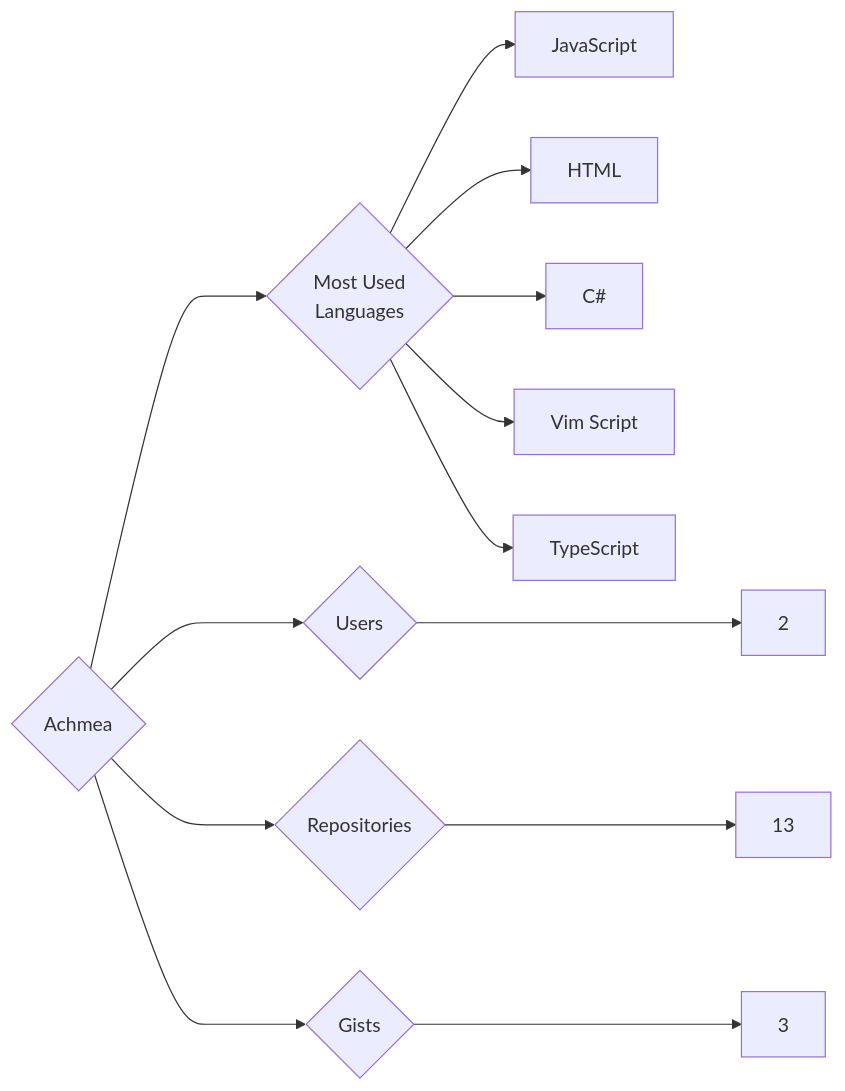
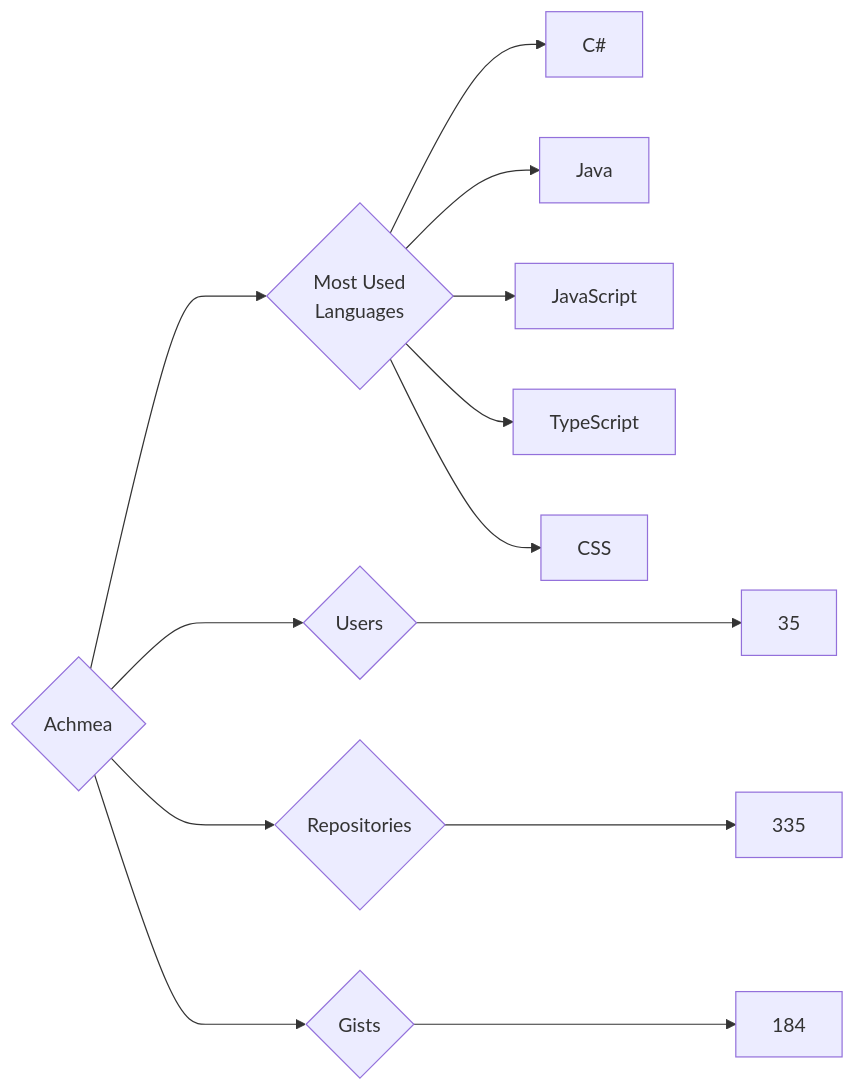
Before and after one commit to trickest/insiders: the diagram in targets/Achmea/README.md, drawn with Mermaid. The commit also changed 815 other files, not shown here.

````diff
--- a/targets/Achmea/README.md
+++ b/targets/Achmea/README.md
@@ -3,13 +3,13 @@
 ```mermaid
 graph LR
 COMPANY_NAME{Achmea}
-COMPANY_NAME ---> U{Users} ---> UN[2]
-COMPANY_NAME ---> R{Repositories} ---> RN[13]
-COMPANY_NAME ---> G{Gists} ---> GN[3]
+COMPANY_NAME ---> U{Users} ---> UN[35]
+COMPANY_NAME ---> R{Repositories} ---> RN[335]
+COMPANY_NAME ---> G{Gists} ---> GN[184]
 COMPANY_NAME ---> ML{Most Used<br>Languages}
+ML --> C#[C#]
+ML --> Java[Java]
 ML --> JavaScript[JavaScript]
-ML --> HTML[HTML]
-ML --> C#[C#]
-ML --> Vim_Script[Vim Script]
 ML --> TypeScript[TypeScript]
+ML --> CSS[CSS]
 ```
````
